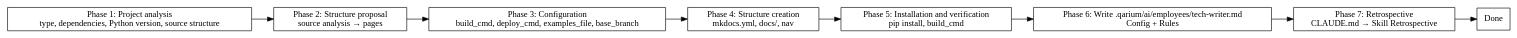
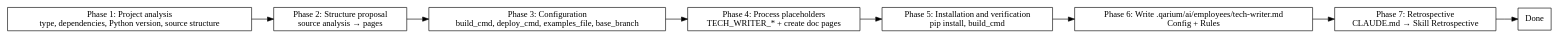
The diagram in skills/employees-tech-writer-onboarding/SKILL.md (qarium/ai-python), drawn with Graphviz before and after one commit. The commit also changed other lines of this file and 25 other files, not shown here.

````diff
--- a/skills/employees-tech-writer-onboarding/SKILL.md
+++ b/skills/employees-tech-writer-onboarding/SKILL.md
@@ -37,21 +58,21 @@
 ```dot
 digraph flow {
     rankdir=LR;
     analyze [label="Phase 1: Project analysis\ntype, dependencies, Python version, source structure" shape=box];
     structure [label="Phase 2: Structure proposal\nsource analysis → pages" shape=box];
     config [label="Phase 3: Configuration\nbuild_cmd, deploy_cmd, examples_file, base_branch" shape=box];
-    create [label="Phase 4: Structure creation\nmkdocs.yml, docs/, nav" shape=box];
+    process [label="Phase 4: Process placeholders\nTECH_WRITER_* + create doc pages" shape=box];
     install [label="Phase 5: Installation and verification\npip install, build_cmd" shape=box];
     rules [label="Phase 6: Write .qarium/ai/employees/tech-writer.md\nConfig + Rules" shape=box];
     retro [label="Phase 7: Retrospective\nCLAUDE.md → Skill Retrospective" shape=box];
     done [label="Done" shape=box];
 
     analyze -> structure;
     structure -> config;
-    config -> create;
-    create -> install;
+    config -> process;
+    process -> install;
     install -> rules;
     rules -> retro;
     retro -> done;
 }
 ```
````
